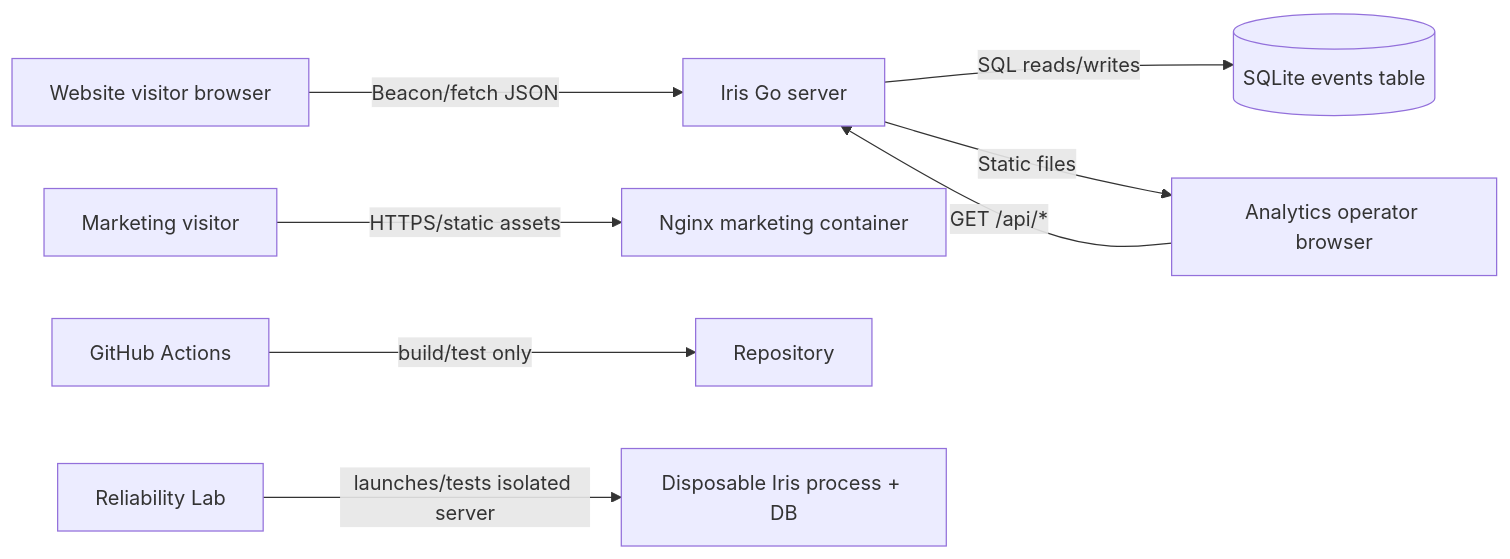
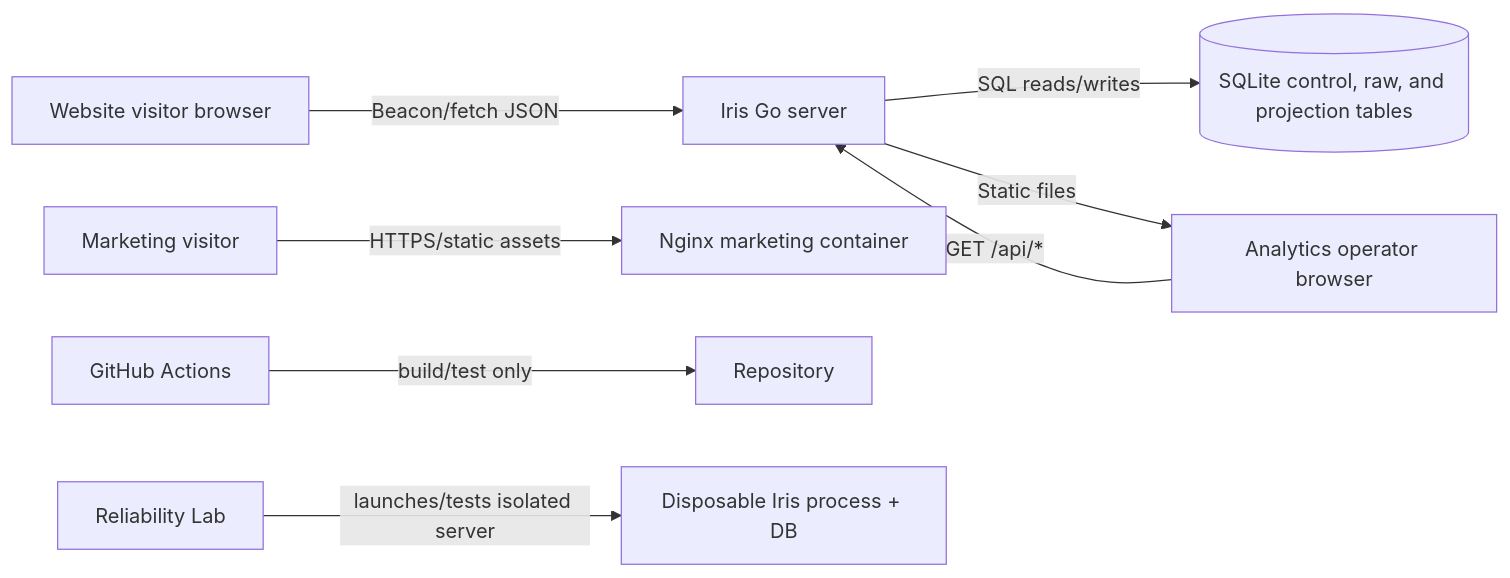
The first of 2 diagrams in docs/01_SYSTEM_AND_REPOSITORY.md (VatsalP117/iris), drawn with Mermaid before and after one commit. The commit also changed other lines of this file and 10 other files, not shown here.

Commit message:
Document Iris v2 data architecture

````diff
--- a/docs/01_SYSTEM_AND_REPOSITORY.md
+++ b/docs/01_SYSTEM_AND_REPOSITORY.md
@@ -18,10 +21,10 @@
 ```mermaid
 flowchart LR
     V["Website visitor browser"] -->|"Beacon/fetch JSON"| I["Iris Go server"]
     O["Analytics operator browser"] -->|"GET /api/*"| I
-    I -->|"SQL reads/writes"| D[("SQLite events table")]
+    I -->|"SQL reads/writes"| D[("SQLite control, raw, and projection tables")]
     I -->|"Static files"| O
     M["Marketing visitor"] -->|"HTTPS/static assets"| N["Nginx marketing container"]
     CI["GitHub Actions"] -->|"build/test only"| R["Repository"]
     L["Reliability Lab"] -->|"launches/tests isolated server"| I2["Disposable Iris process + DB"]
 ```
````
